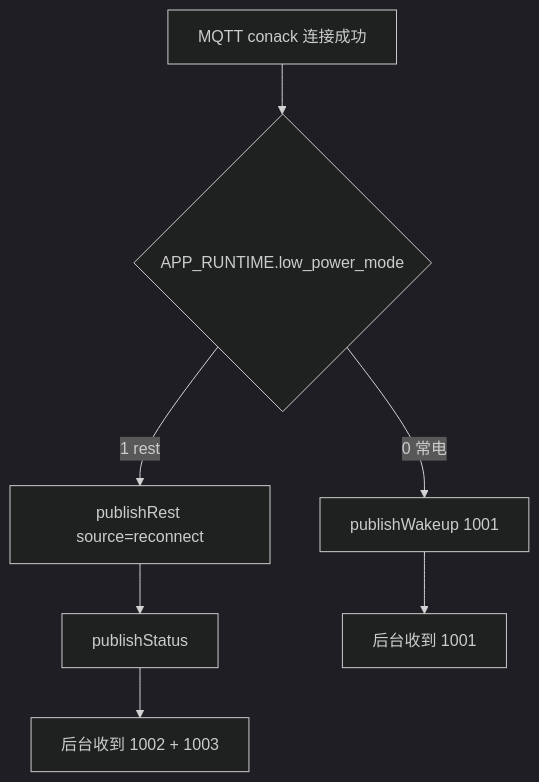
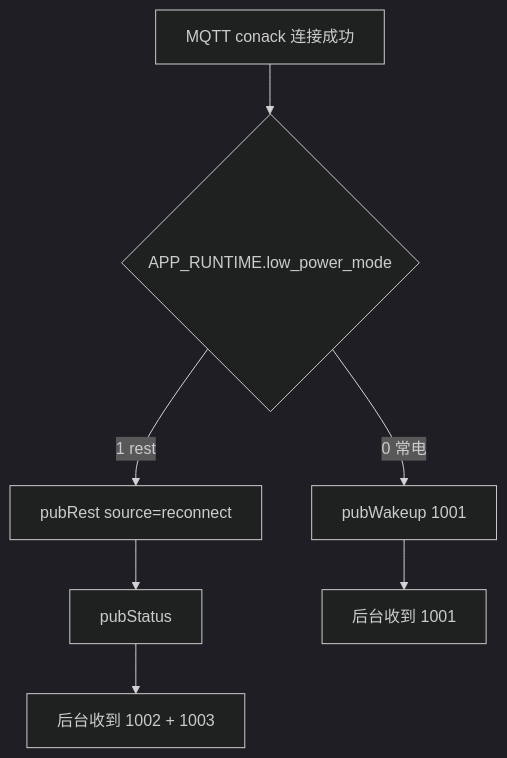
Before and after one commit to dzr1986/AIR780EHM: the third of 3 diagrams in doc/T3X_LOW_POWER.md, drawn with Mermaid (dark theme). The commit also changed other lines of this file and 84 other files, not shown here.

````diff
--- a/doc/T3X_LOW_POWER.md
+++ b/doc/T3X_LOW_POWER.md
@@ -212,9 +212,9 @@
 ```mermaid
 flowchart TD
     A[MQTT conack 连接成功] --> B{APP_RUNTIME.low_power_mode}
-    B -->|1 rest| C[publishRest source=reconnect]
-    C --> D[publishStatus]
+    B -->|1 rest| C[pubRest source=reconnect]
+    C --> D[pubStatus]
     D --> E[后台收到 1002 + 1003]
-    B -->|0 常电| F[publishWakeup 1001]
+    B -->|0 常电| F[pubWakeup 1001]
     F --> G[后台收到 1001]
 ```
````
